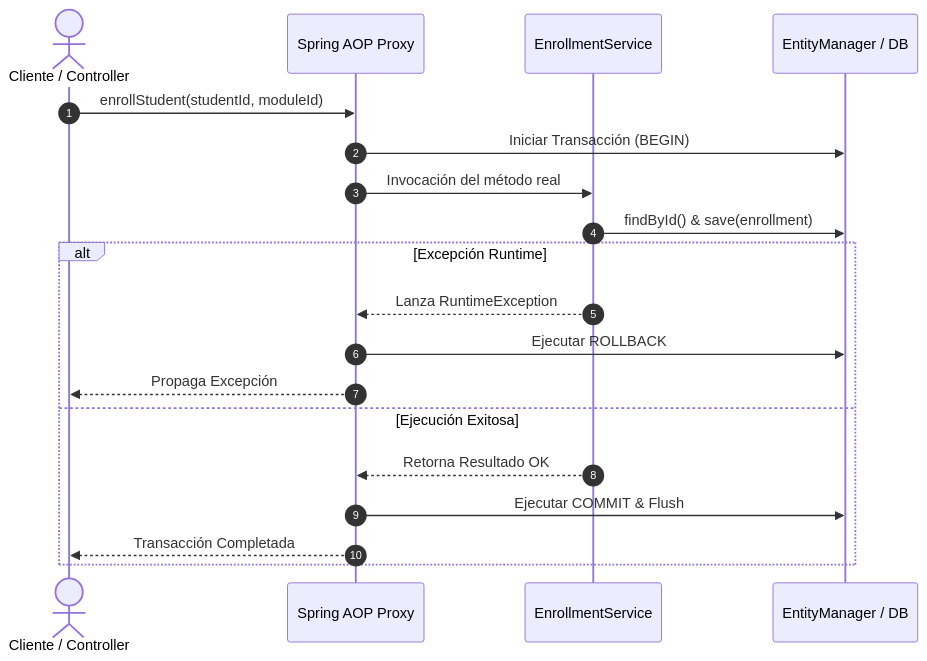
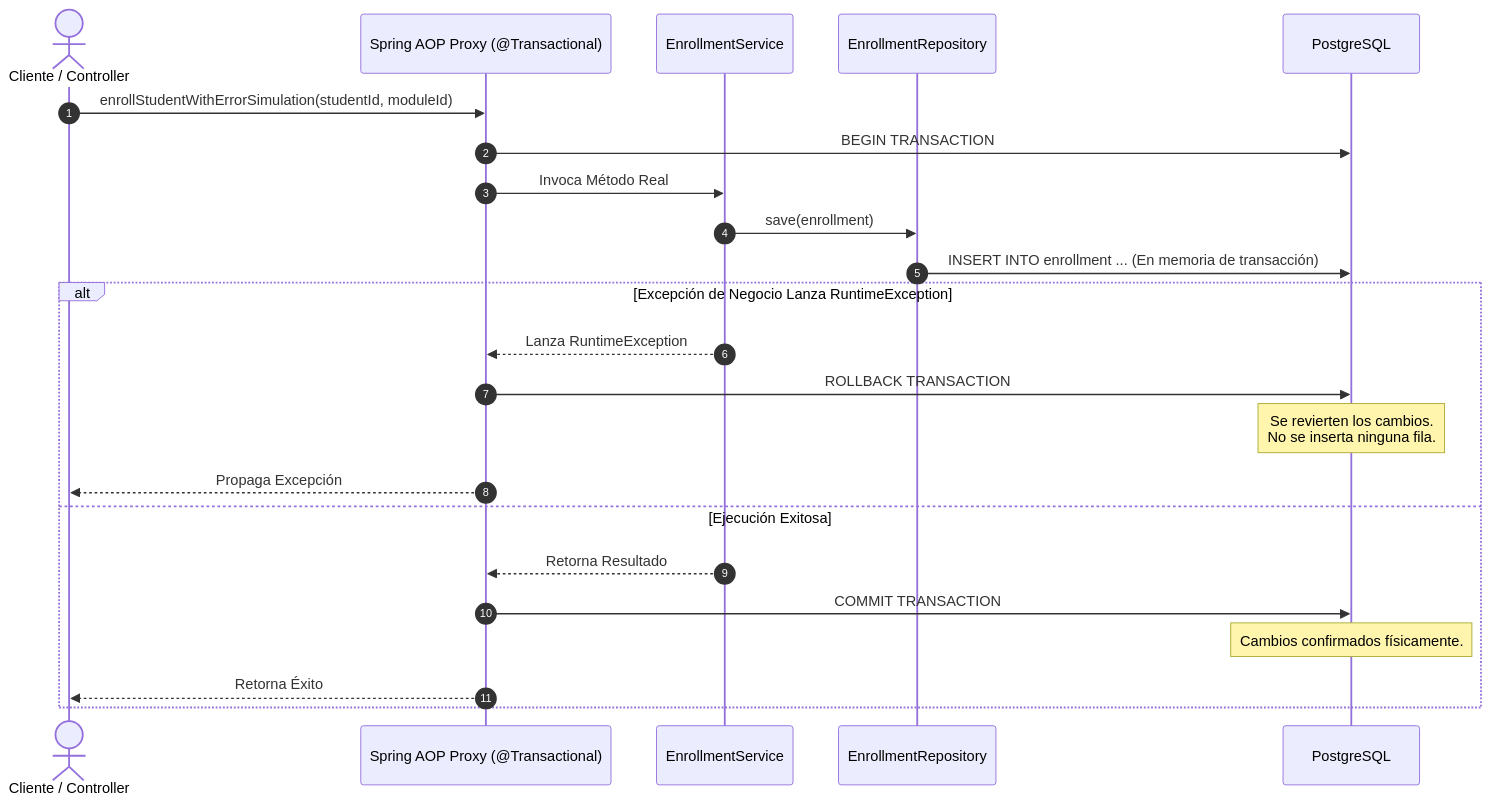
Before and after one commit to fencgut961/AAD_26_27: diagram 15 of 20 in RA3/RA3. Herramientas de mapeo objeto relacional (ORM) v3.md, drawn with Mermaid.

Commit message:
Update sequence diagram for transaction handling

````diff
--- a/RA3/RA3. Herramientas de mapeo objeto relacional (ORM) v3.md
+++ b/RA3/RA3. Herramientas de mapeo objeto relacional (ORM) v3.md
@@ -865,22 +865,27 @@
 ```mermaid
 sequenceDiagram
     autonumber
     actor Client as Cliente / Controller
-    participant Proxy as Spring AOP Proxy
+    participant Proxy as Spring AOP Proxy (@Transactional)
     participant Service as EnrollmentService
-    participant EM as EntityManager / DB
+    participant Repo as EnrollmentRepository
+    participant DB as PostgreSQL
+
+    Client->>Proxy: enrollStudentWithErrorSimulation(studentId, moduleId)
+    Proxy->>DB: BEGIN TRANSACTION
+    Proxy->>Service: Invoca Método Real
+    Service->>Repo: save(enrollment)
+    Repo->>DB: INSERT INTO enrollment ... (En memoria de transacción)
     
-    Client->>Proxy: enrollStudent(studentId, moduleId)
-    Proxy->>EM: Iniciar Transacción (BEGIN)
-    Proxy->>Service: Invocación del método real
-    Service->>EM: findById() & save(enrollment)
-    alt Excepción Runtime
+    Alt Excepción de Negocio Lanza RuntimeException
         Service-->>Proxy: Lanza RuntimeException
-        Proxy->>EM: Ejecutar ROLLBACK
+        Proxy->>DB: ROLLBACK TRANSACTION
+        Note over DB: Se revierten los cambios.<br/>No se inserta ninguna fila.
         Proxy-->>Client: Propaga Excepción
-    else Ejecución Exitosa
-        Service-->>Proxy: Retorna Resultado OK
-        Proxy->>EM: Ejecutar COMMIT & Flush
-        Proxy-->>Client: Transacción Completada
+    Else Ejecución Exitosa
+        Service-->>Proxy: Retorna Resultado
+        Proxy->>DB: COMMIT TRANSACTION
+        Note over DB: Cambios confirmados físicamente.
+        Proxy-->>Client: Retorna Éxito
     end
 ```
````
